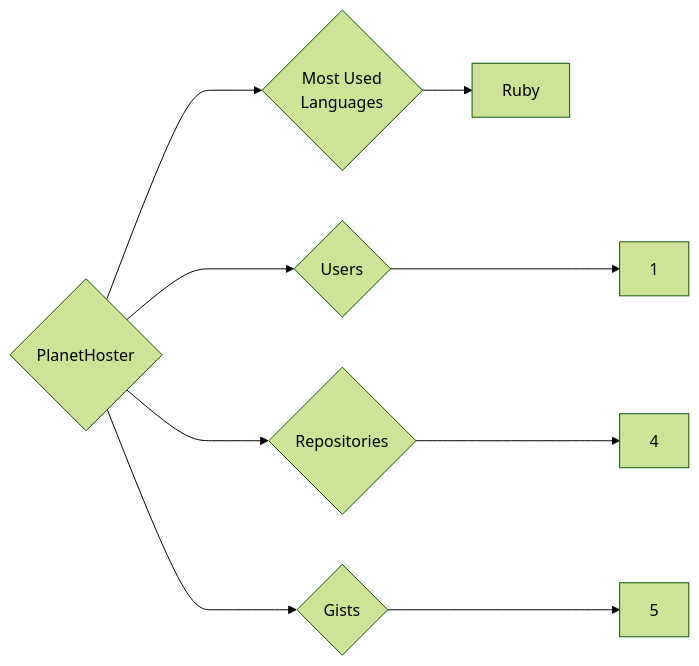
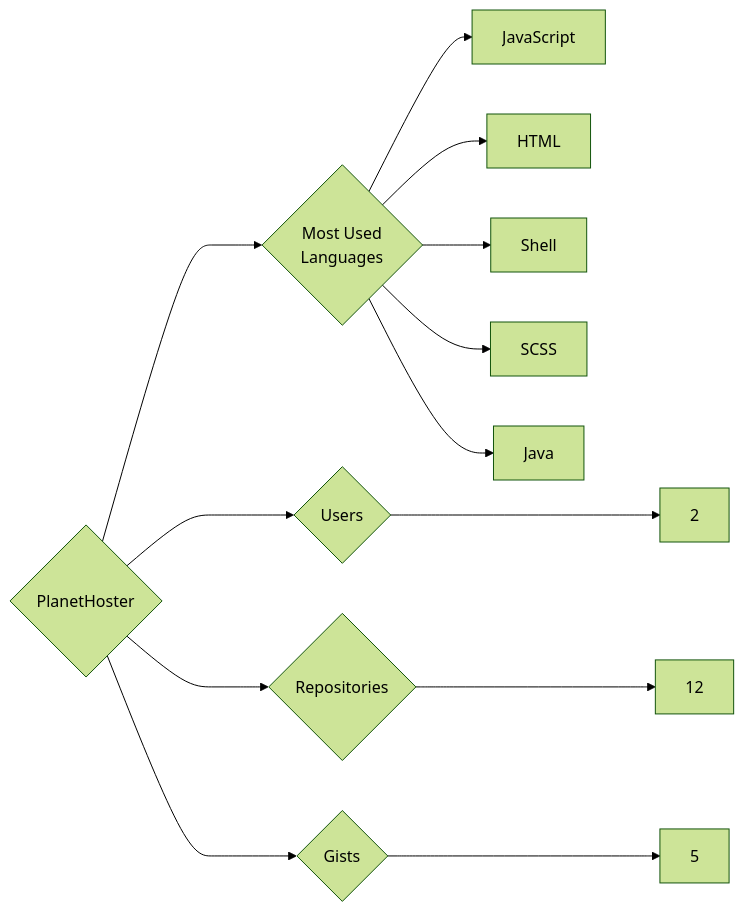
One commit to trickest/insiders changed the diagram in targets/PlanetHoster/README.md. Above: the diagram before and after it, drawn with Mermaid (forest theme). The commit also changed 1011 other files, not shown here.

````diff
--- a/targets/PlanetHoster/README.md
+++ b/targets/PlanetHoster/README.md
@@ -3,9 +3,13 @@
 ```mermaid
 graph LR
 COMPANY_NAME{PlanetHoster}
-COMPANY_NAME ---> U{Users} ---> UN[1]
-COMPANY_NAME ---> R{Repositories} ---> RN[4]
+COMPANY_NAME ---> U{Users} ---> UN[2]
+COMPANY_NAME ---> R{Repositories} ---> RN[12]
 COMPANY_NAME ---> G{Gists} ---> GN[5]
 COMPANY_NAME ---> ML{Most Used<br>Languages}
-ML --> Ruby[Ruby]
+ML --> JavaScript[JavaScript]
+ML --> HTML[HTML]
+ML --> Shell[Shell]
+ML --> SCSS[SCSS]
+ML --> Java[Java]
 ```
````
